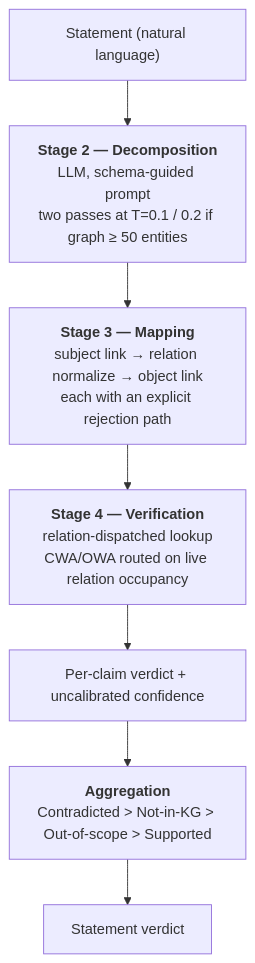
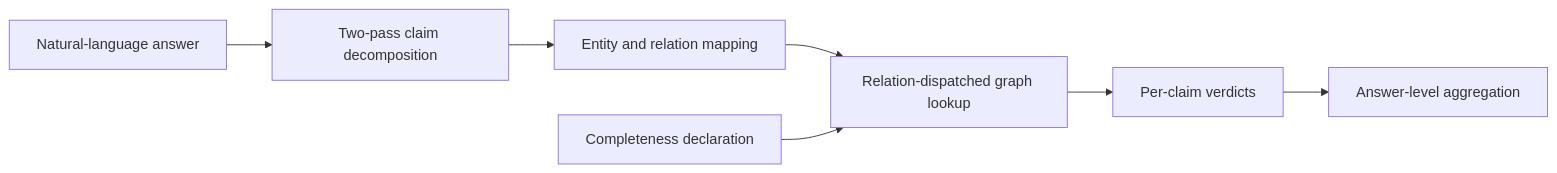
Before and after one commit to tminhquang00/factverification: the diagram in docs/architecture/methodology.md, drawn with Mermaid. The commit also changed other lines of this file and 73 other files, not shown here.

````diff
--- a/docs/architecture/methodology.md
+++ b/docs/architecture/methodology.md
@@ -42,9 +31,9 @@
 ```mermaid
-graph TD
-    A["Statement (natural language)"] --> B
-    B["<b>Stage 2 — Decomposition</b><br/>LLM, schema-guided prompt<br/>two passes at T=0.1 / 0.2 if graph ≥ 50 entities"] --> C
-    C["<b>Stage 3 — Mapping</b><br/>subject link → relation normalize → object link<br/>each with an explicit rejection path"] --> D
-    D["<b>Stage 4 — Verification</b><br/>relation-dispatched lookup<br/>CWA/OWA routed on live relation occupancy"] --> E
-    E["Per-claim verdict + uncalibrated confidence"] --> F
-    F["<b>Aggregation</b><br/>Contradicted > Not-in-KG > Out-of-scope > Supported"] --> G["Statement verdict"]
+flowchart LR
+    A["Natural-language answer"] --> B["Two-pass claim decomposition"]
+    B --> C["Entity and relation mapping"]
+    C --> D["Relation-dispatched graph lookup"]
+    E["Completeness declaration"] --> D
+    D --> F["Per-claim verdicts"]
+    F --> G["Answer-level aggregation"]
 ```
````
